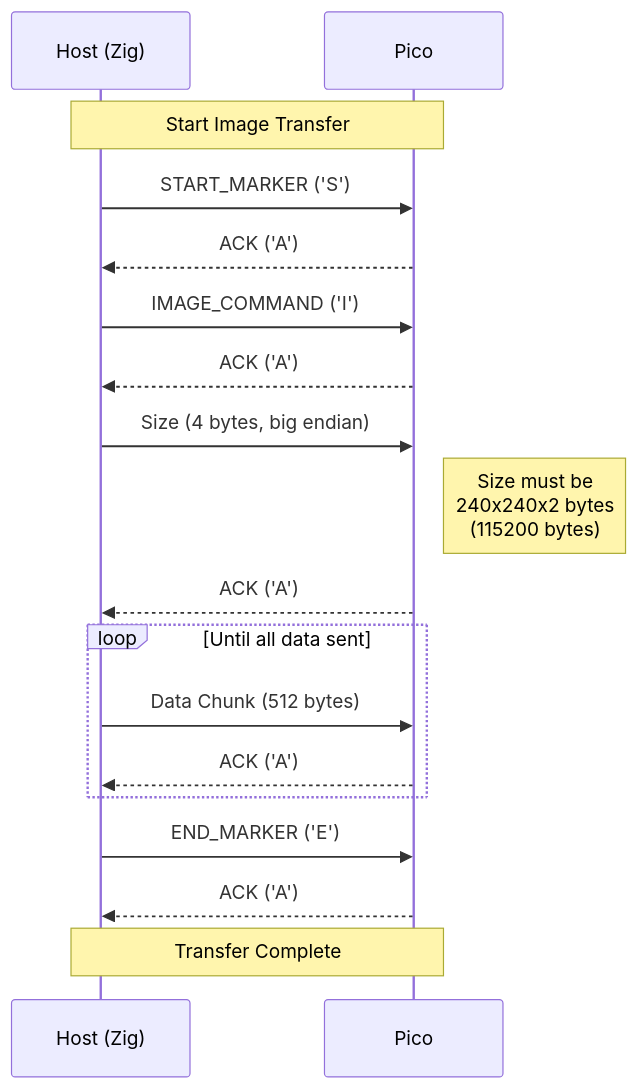
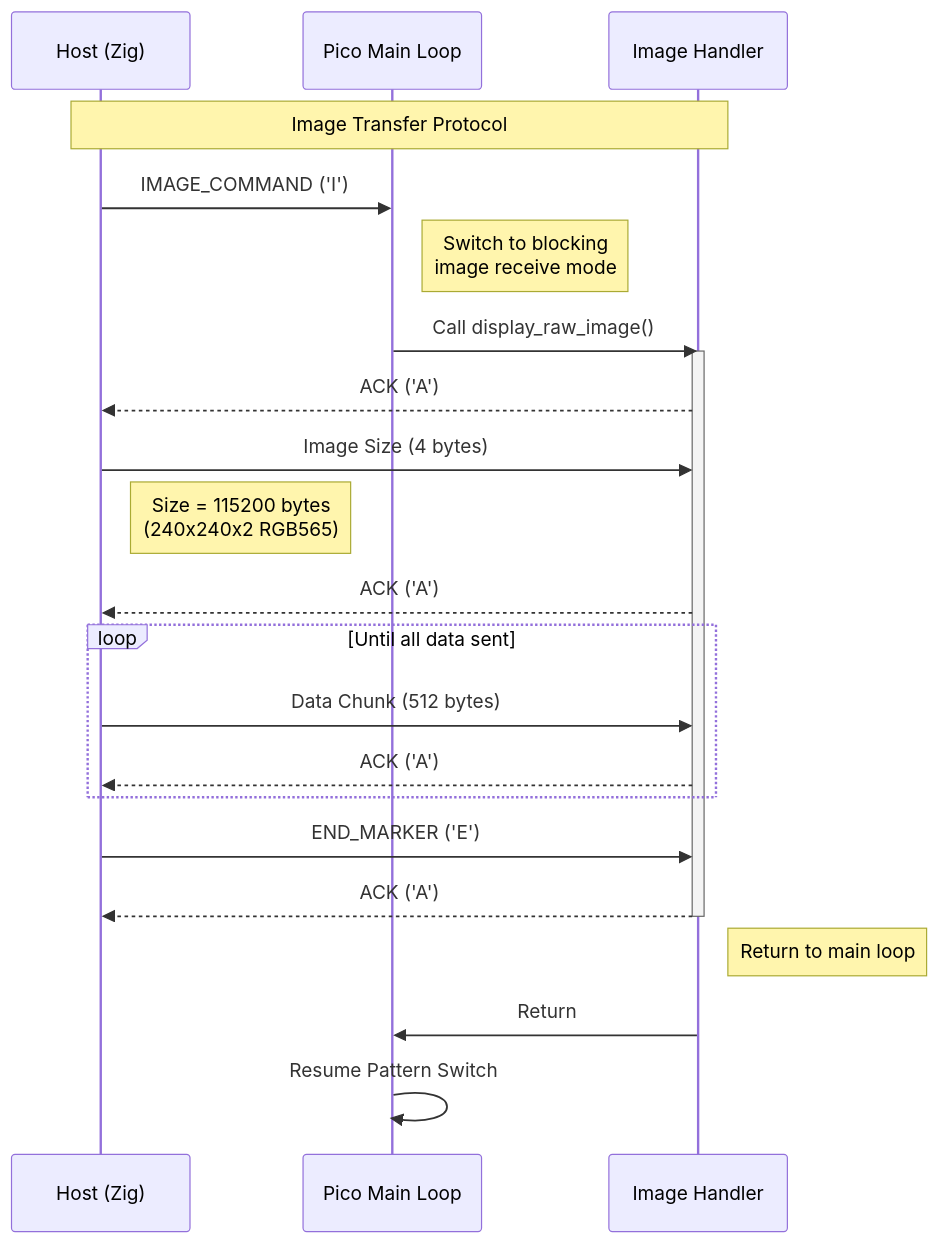
One commit to nemofoo/deskthang changed the diagram in readme.md. Above: the diagram before and after it, drawn with Mermaid. The commit also changed other lines of this file and 6 other files, not shown here.

````diff
--- a/readme.md
+++ b/readme.md
@@ -53,25 +32,31 @@
 ```mermaid
 sequenceDiagram
-    participant H as Host (Zig)
-    participant P as Pico
+    participant Host as Host (Zig)
+    participant Main as Pico Main Loop
+    participant Handler as Image Handler
     
-    Note over H,P: Start Image Transfer
-    H->>P: START_MARKER ('S')
-    P-->>H: ACK ('A')
+    Note over Host,Handler: Image Transfer Protocol
     
-    H->>P: IMAGE_COMMAND ('I')
-    P-->>H: ACK ('A')
+    Host->>Main: IMAGE_COMMAND ('I')
+    Note right of Main: Switch to blocking<br/>image receive mode
+    Main->>Handler: Call display_raw_image()
+    activate Handler
+    Handler-->>Host: ACK ('A')
     
-    H->>P: Size (4 bytes, big endian)
-    Note right of P: Size must be<br/>240x240x2 bytes<br/>(115200 bytes)
-    P-->>H: ACK ('A')
+    Host->>Handler: Image Size (4 bytes)
+    Note right of Host: Size = 115200 bytes<br/>(240x240x2 RGB565)
+    Handler-->>Host: ACK ('A')
     
     loop Until all data sent
-        H->>P: Data Chunk (512 bytes)
-        P-->>H: ACK ('A')
+        Host->>Handler: Data Chunk (512 bytes)
+        Handler-->>Host: ACK ('A')
     end
     
-    H->>P: END_MARKER ('E')
-    P-->>H: ACK ('A')
-    Note over H,P: Transfer Complete
+    Host->>Handler: END_MARKER ('E')
+    Handler-->>Host: ACK ('A')
+    deactivate Handler
+    
+    Note right of Handler: Return to main loop
+    Handler->>Main: Return
+    Main->>Main: Resume Pattern Switch
 ```
````
